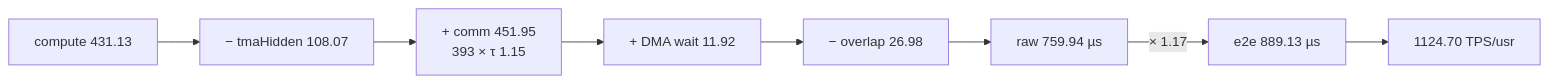
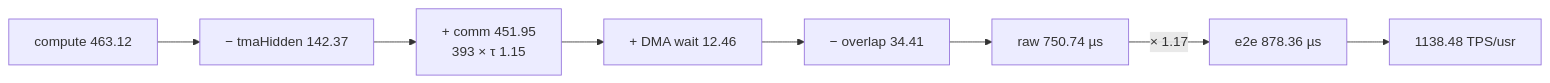
One commit to xqdan/xihu changed the second of 2 diagrams in docs/architecture/00_CURRENT_STATE.md. Above: the diagram before and after it, drawn with Mermaid. The commit also changed other lines of this file and 66 other files, not shown here.

````diff
--- a/docs/architecture/00_CURRENT_STATE.md
+++ b/docs/architecture/00_CURRENT_STATE.md
@@ -78,10 +78,10 @@
 ```mermaid
 flowchart LR
-  C["compute 431.13"] --> M1["− tmaHidden 108.07"]
+  C["compute 463.12"] --> M1["− tmaHidden 142.37"]
   M1 --> P1["+ comm 451.95<br/>393 × τ 1.15"]
-  P1 --> P2["+ DMA wait 11.92"]
-  P2 --> M2["− overlap 26.98"]
-  M2 --> RAW["raw 759.94 µs"]
-  RAW -->|"× 1.17"| E2E["e2e 889.13 µs"]
-  E2E --> TPS["1124.70 TPS/usr"]
+  P1 --> P2["+ DMA wait 12.46"]
+  P2 --> M2["− overlap 34.41"]
+  M2 --> RAW["raw 750.74 µs"]
+  RAW -->|"× 1.17"| E2E["e2e 878.36 µs"]
+  E2E --> TPS["1138.48 TPS/usr"]
 ```
````
